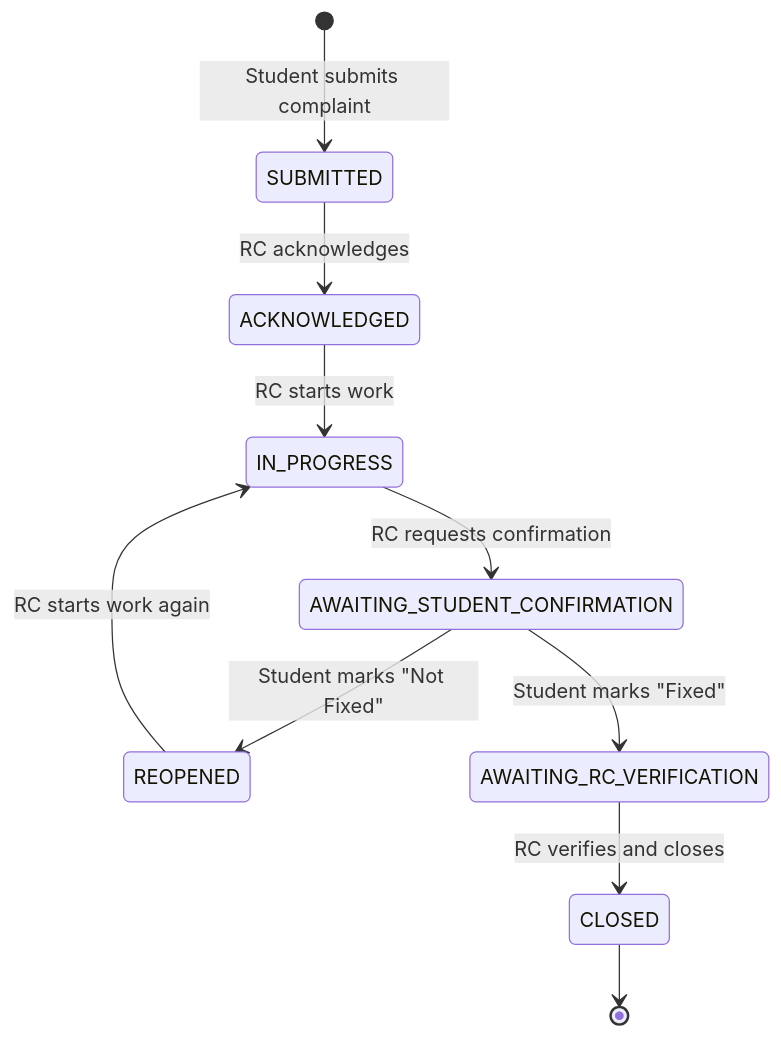
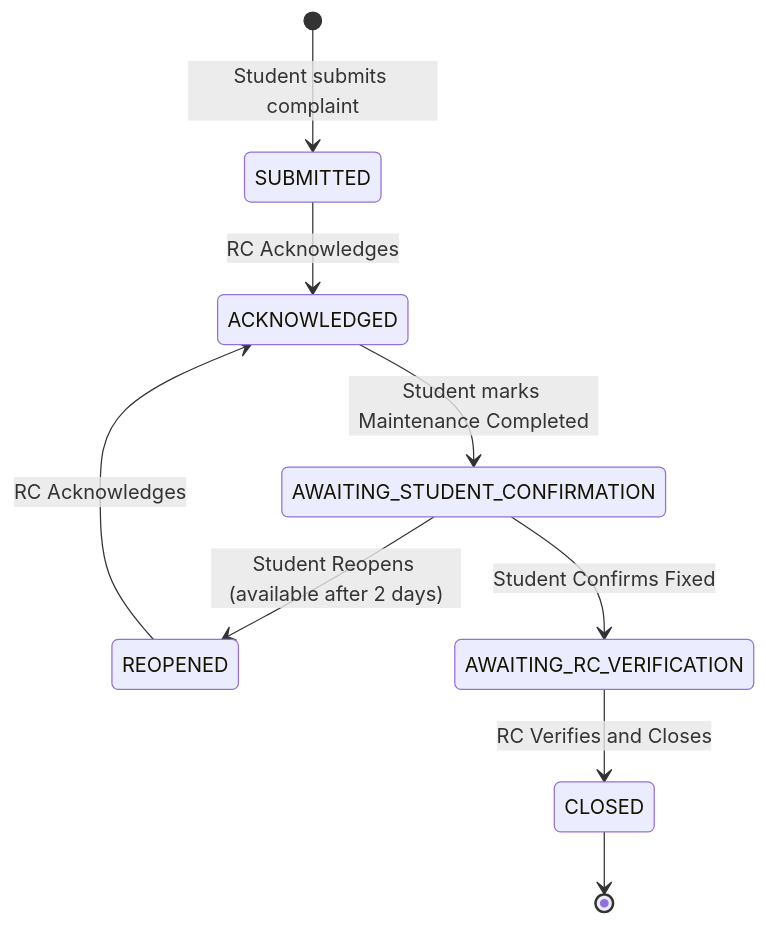
The diagram in README.md (ThariqAzees/Hostel-Complaint-System), drawn with Mermaid before and after one commit. The commit also changed other lines of this file and 45 other files, not shown here.

````diff
--- a/README.md
+++ b/README.md
@@ -135,14 +135,14 @@
 ```mermaid
 stateDiagram-v2
     [*] --> SUBMITTED : Student submits complaint
-    SUBMITTED --> ACKNOWLEDGED : RC acknowledges
-    ACKNOWLEDGED --> IN_PROGRESS : RC starts work
-    IN_PROGRESS --> AWAITING_STUDENT_CONFIRMATION : RC requests confirmation
+    SUBMITTED --> ACKNOWLEDGED : RC Acknowledges
+    REOPENED --> ACKNOWLEDGED : RC Acknowledges
     
-    AWAITING_STUDENT_CONFIRMATION --> REOPENED : Student marks "Not Fixed"
-    AWAITING_STUDENT_CONFIRMATION --> AWAITING_RC_VERIFICATION : Student marks "Fixed"
+    ACKNOWLEDGED --> AWAITING_STUDENT_CONFIRMATION : Student marks Maintenance Completed
     
-    REOPENED --> IN_PROGRESS : RC starts work again
-    AWAITING_RC_VERIFICATION --> CLOSED : RC verifies and closes
+    AWAITING_STUDENT_CONFIRMATION --> REOPENED : Student Reopens (available after 2 days)
+    AWAITING_STUDENT_CONFIRMATION --> AWAITING_RC_VERIFICATION : Student Confirms Fixed
+    
+    AWAITING_RC_VERIFICATION --> CLOSED : RC Verifies and Closes
     CLOSED --> [*]
 ```
````
